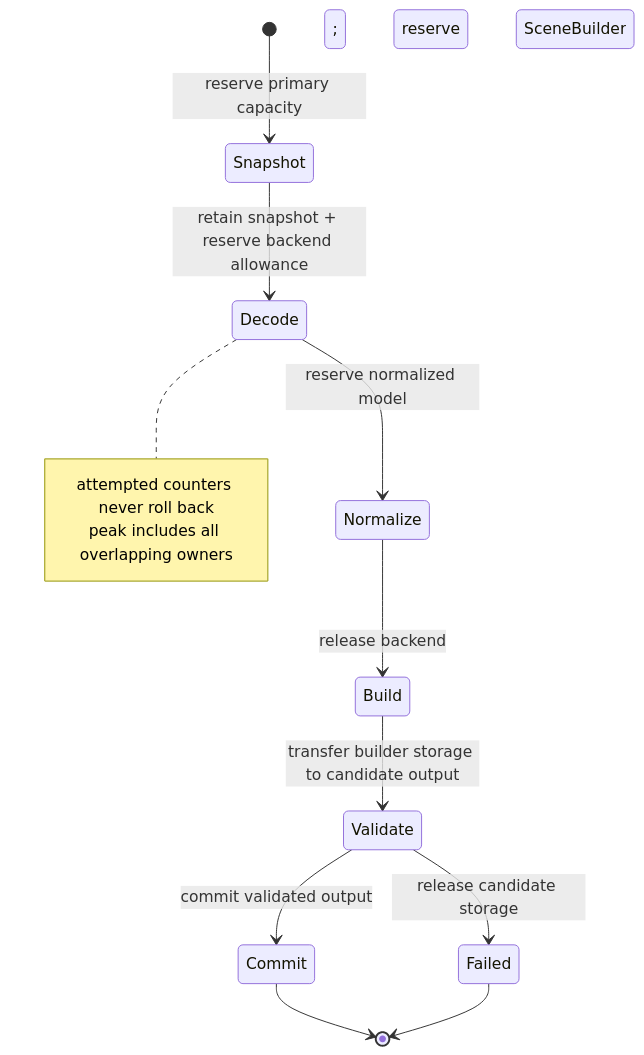
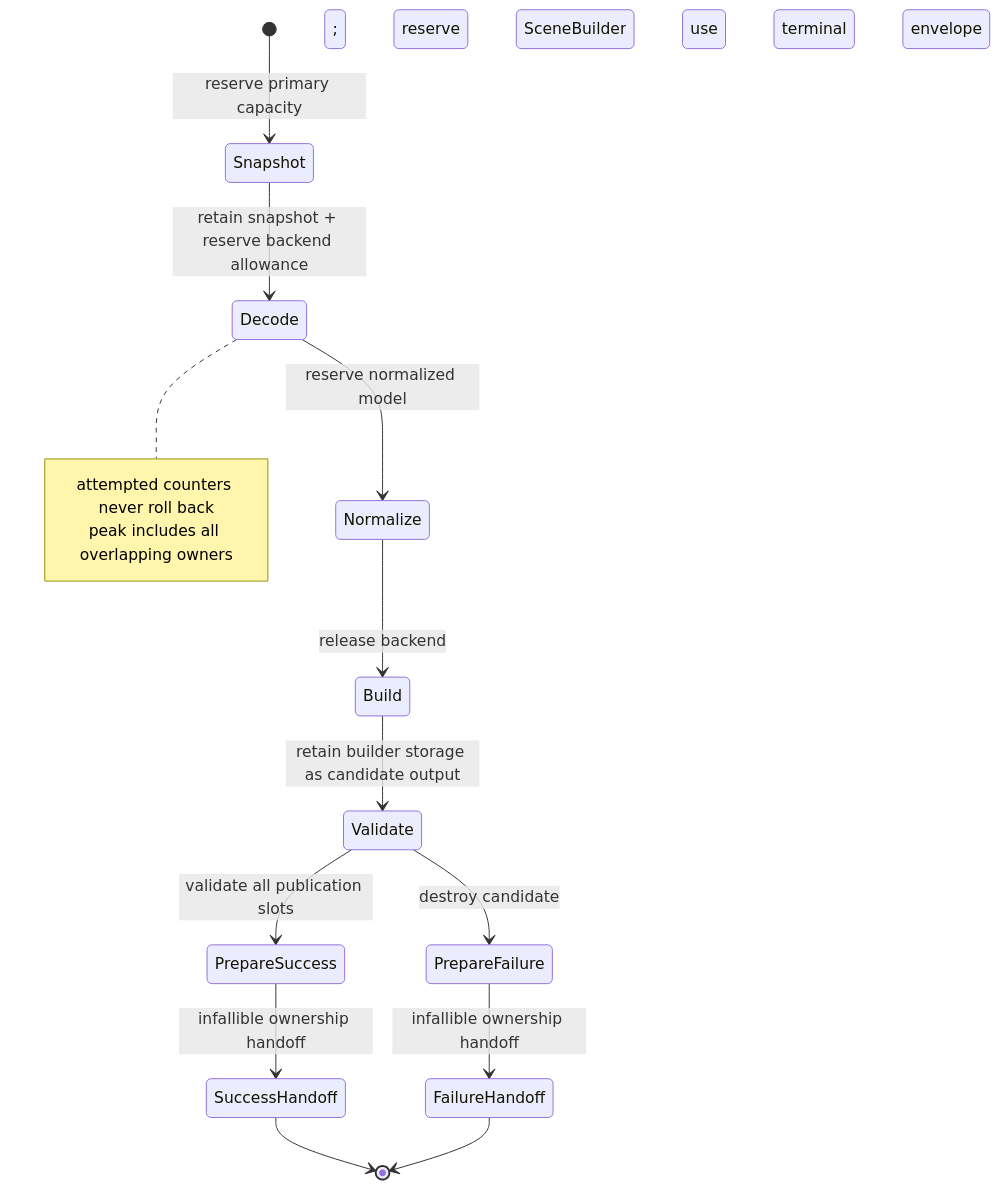
The diagram in docs/adr/0022-per-import-resource-ledger-and-budget-accounting.md (Latias94/baozi), drawn with Mermaid before and after one commit. The commit also changed other lines of this file and 15 other files, not shown here.

````diff
--- a/docs/adr/0022-per-import-resource-ledger-and-budget-accounting.md
+++ b/docs/adr/0022-per-import-resource-ledger-and-budget-accounting.md
@@ -245,16 +329,18 @@
 ```mermaid
 stateDiagram-v2
     [*] --> Snapshot: reserve primary capacity
     Snapshot --> Decode: retain snapshot + reserve backend allowance
     Decode --> Normalize: reserve normalized model
     Normalize --> Build: release backend; reserve SceneBuilder
-    Build --> Validate: transfer builder storage to candidate output
-    Validate --> Commit: commit validated output
-    Validate --> Failed: release candidate storage
-    Commit --> [*]
-    Failed --> [*]
+    Build --> Validate: retain builder storage as candidate output
+    Validate --> PrepareSuccess: validate all publication slots
+    Validate --> PrepareFailure: destroy candidate; use terminal envelope
+    PrepareSuccess --> SuccessHandoff: infallible ownership handoff
+    PrepareFailure --> FailureHandoff: infallible ownership handoff
+    SuccessHandoff --> [*]
+    FailureHandoff --> [*]
     note right of Decode
       attempted counters never roll back
       peak includes all overlapping owners
     end note
 ```
````
